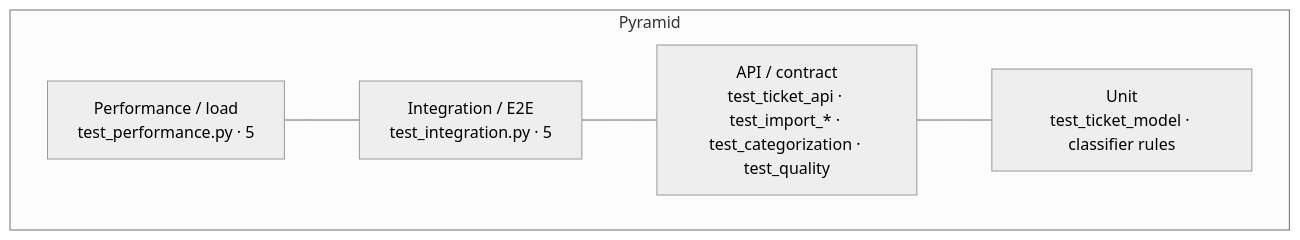
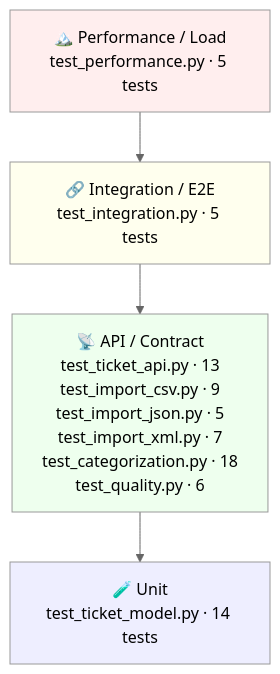
One commit to tsanm/gen-ai-software-engineering changed the diagram in homework-2/docs/TESTING_GUIDE.md. Above: the diagram before and after it, drawn with Mermaid (neutral theme). The commit also changed other lines of this file and 7 other files, not shown here.

````diff
--- a/homework-2/docs/TESTING_GUIDE.md
+++ b/homework-2/docs/TESTING_GUIDE.md
@@ -5,10 +5,12 @@
 ```mermaid
-flowchart TD
-    subgraph Pyramid
-      P[Performance / load<br/>test_performance.py · 5]
-      I[Integration / E2E<br/>test_integration.py · 5]
-      A[API / contract<br/>test_ticket_api · test_import_* · test_categorization · test_quality]
-      U[Unit<br/>test_ticket_model · classifier rules]
-    end
-    P --- I --- A --- U
+graph TD
+    A["🏔️ Performance / Load<br/>test_performance.py · 5 tests"] --> B
+    B["🔗 Integration / E2E<br/>test_integration.py · 5 tests"] --> C
+    C["📡 API / Contract<br/>test_ticket_api.py · 13<br/>test_import_csv.py · 9<br/>test_import_json.py · 5<br/>test_import_xml.py · 7<br/>test_categorization.py · 18<br/>test_quality.py · 6"] --> D
+    D["🧪 Unit<br/>test_ticket_model.py · 14 tests"]
+    
+    style A fill:#fee
+    style B fill:#ffe
+    style C fill:#efe
+    style D fill:#eef
 ```
````
